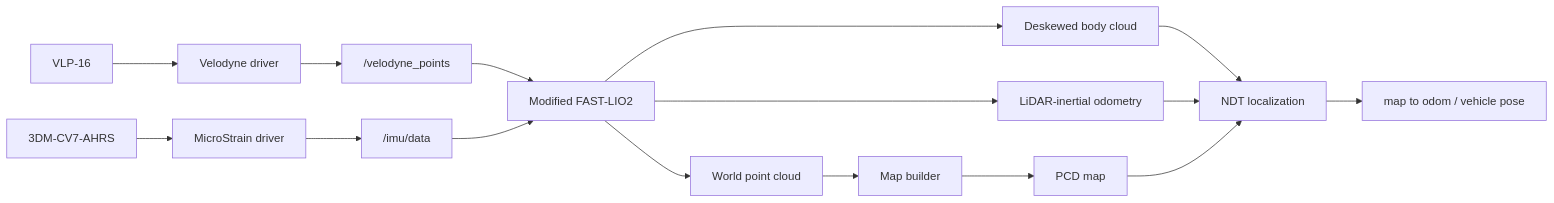
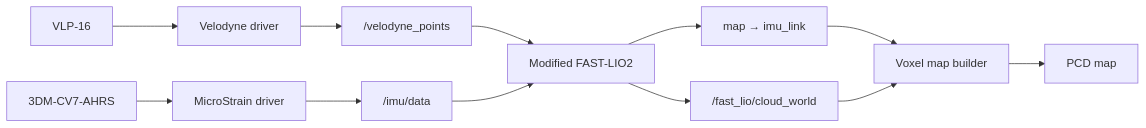
Before and after one commit to junseo5777/3D_SLAM: the first of 2 diagrams in README.md, drawn with Mermaid. The commit also changed other lines of this file and 8 other files, not shown here.

````diff
--- a/README.md
+++ b/README.md
@@ -29,18 +24,14 @@
 ```mermaid
 flowchart LR
     VLP[VLP-16] --> VD[Velodyne driver]
-    VD --> CLOUD["/velodyne_points"]
+    VD --> VP["/velodyne_points"]
     CV7[3DM-CV7-AHRS] --> MD[MicroStrain driver]
     MD --> IMU["/imu/data"]
-    CLOUD --> LIO[Modified FAST-LIO2]
+    VP --> LIO[Modified FAST-LIO2]
     IMU --> LIO
-    LIO --> ODOM[LiDAR-inertial odometry]
-    LIO --> WORLD[World point cloud]
-    LIO --> BODY[Deskewed body cloud]
-    WORLD --> MAP[Map builder]
-    MAP --> PCD[PCD map]
-    BODY --> NDT[NDT localization]
-    ODOM --> NDT
-    PCD --> NDT
-    NDT --> POSE[map to odom / vehicle pose]
+    LIO --> ODOM["map → imu_link"]
+    LIO --> WORLD["/fast_lio/cloud_world"]
+    ODOM --> BUILDER[Voxel map builder]
+    WORLD --> BUILDER
+    BUILDER --> PCD[PCD map]
 ```
````
